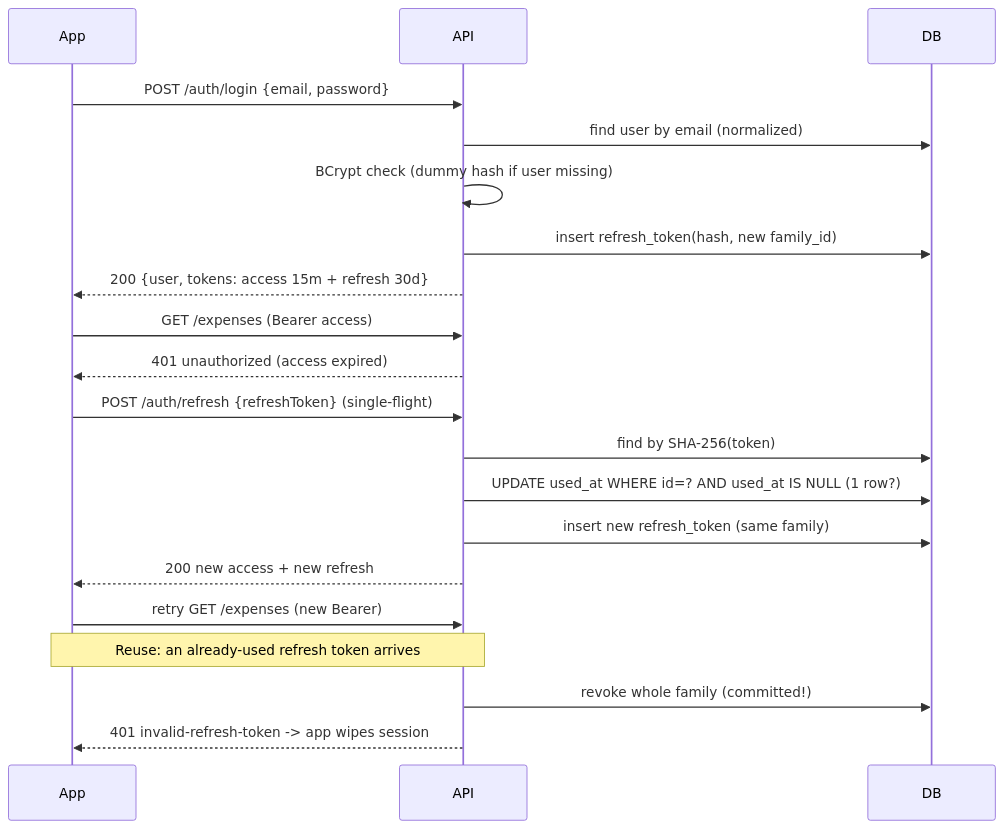
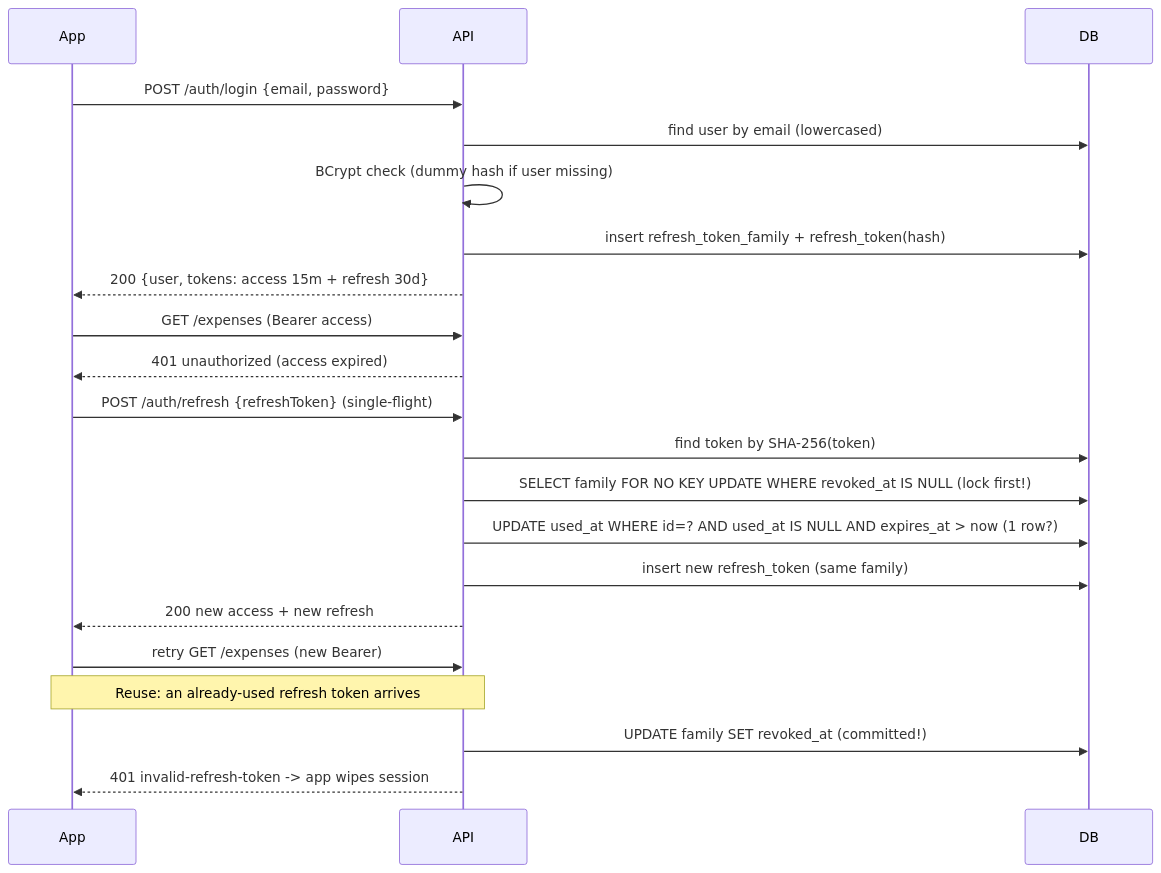
Before and after one commit to YuleHohenfeld/snapledger: the diagram in .claude/skills/auth-flow/SKILL.md, drawn with Mermaid. The commit also changed other lines of this file and 14 other files, not shown here.

````diff
--- a/.claude/skills/auth-flow/SKILL.md
+++ b/.claude/skills/auth-flow/SKILL.md
@@ -15,25 +16,26 @@
 ```mermaid
 sequenceDiagram
     participant App
     participant API
     participant DB
 
     App->>API: POST /auth/login {email, password}
-    API->>DB: find user by email (normalized)
+    API->>DB: find user by email (lowercased)
     API->>API: BCrypt check (dummy hash if user missing)
-    API->>DB: insert refresh_token(hash, new family_id)
+    API->>DB: insert refresh_token_family + refresh_token(hash)
     API-->>App: 200 {user, tokens: access 15m + refresh 30d}
 
     App->>API: GET /expenses (Bearer access)
     API-->>App: 401 unauthorized (access expired)
     App->>API: POST /auth/refresh {refreshToken}   (single-flight)
-    API->>DB: find by SHA-256(token)
-    API->>DB: UPDATE used_at WHERE id=? AND used_at IS NULL  (1 row?)
+    API->>DB: find token by SHA-256(token)
+    API->>DB: SELECT family FOR NO KEY UPDATE WHERE revoked_at IS NULL (lock first!)
+    API->>DB: UPDATE used_at WHERE id=? AND used_at IS NULL AND expires_at > now  (1 row?)
     API->>DB: insert new refresh_token (same family)
     API-->>App: 200 new access + new refresh
     App->>API: retry GET /expenses (new Bearer)
 
     Note over App,API: Reuse: an already-used refresh token arrives
-    API->>DB: revoke whole family (committed!)
+    API->>DB: UPDATE family SET revoked_at (committed!)
     API-->>App: 401 invalid-refresh-token -> app wipes session
 ```
````
